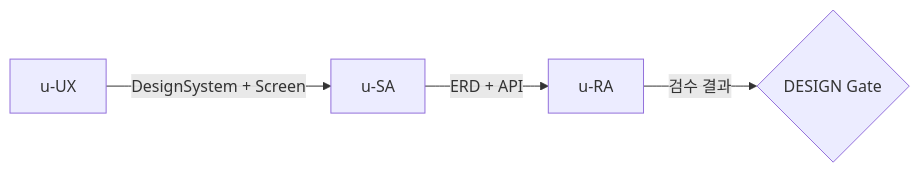
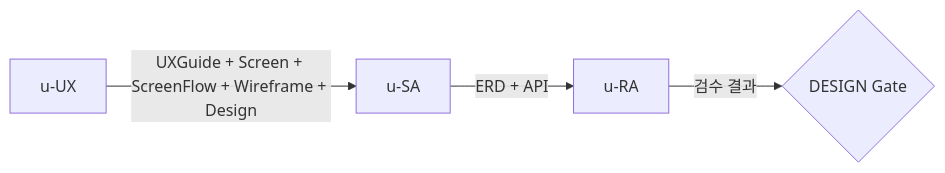
Before and after one commit to upleat-ax/u-maker-plugin: the third of 6 diagrams in references/pdca-workflow.md, drawn with Mermaid. The commit also changed other lines of this file and 214 other files, not shown here.

````diff
--- a/references/pdca-workflow.md
+++ b/references/pdca-workflow.md
@@ -122,6 +125,6 @@
 ```mermaid
 flowchart LR
-    UX[u-UX] -->|DesignSystem + Screen| SA[u-SA]
+    UX1[u-UX] -->|UXGuide + Screen + ScreenFlow + Wireframe + Design| SA[u-SA]
     SA -->|ERD + API| RA[u-RA]
     RA -->|검수 결과| GATE{DESIGN Gate}
 ```
````
